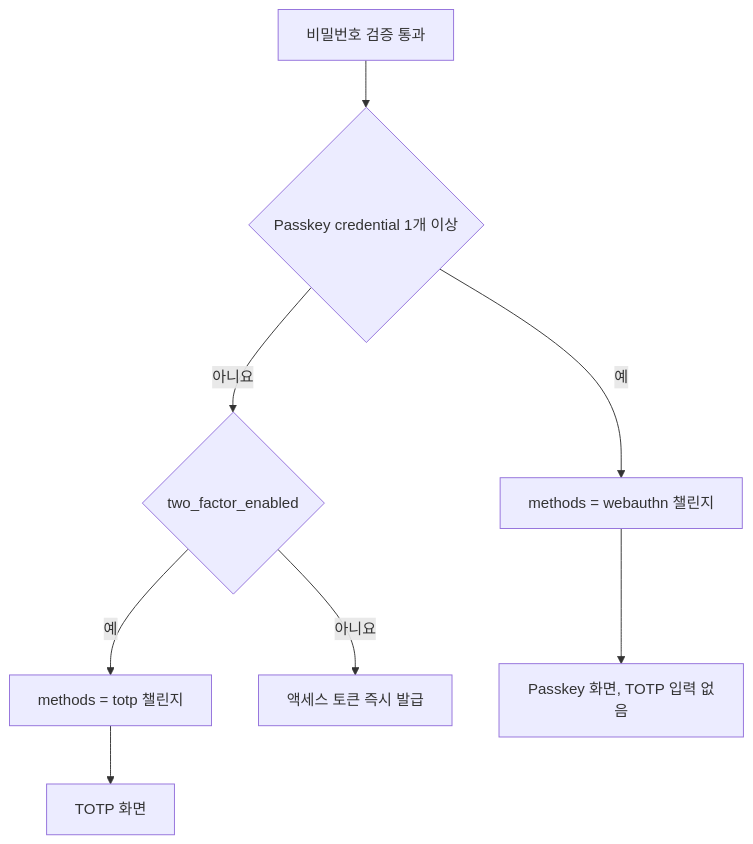
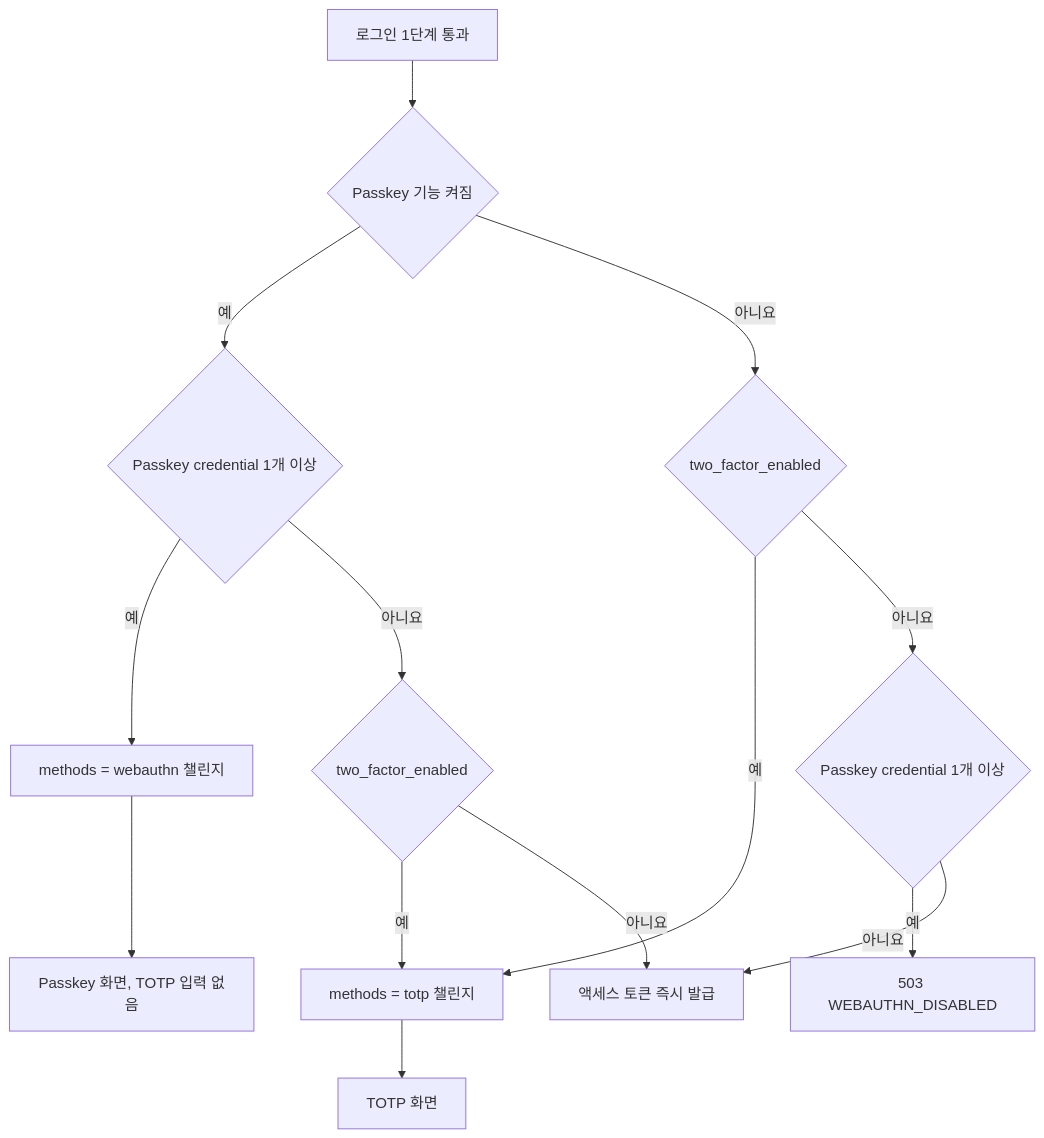
Before and after one commit to worker-ants/clemvion: the first of 3 diagrams in spec/CLE-ACCT/CLE-ACCT-SIGNIN.md, drawn with Mermaid. The commit also changed other lines of this file and 7 other files, not shown here.

````diff
--- a/spec/CLE-ACCT/CLE-ACCT-SIGNIN.md
+++ b/spec/CLE-ACCT/CLE-ACCT-SIGNIN.md
@@ -217,10 +229,16 @@
 ```mermaid
 flowchart TD
-  A[비밀번호 검증 통과] --> B{Passkey credential 1개 이상}
+  A[로그인 1단계 통과] --> P{Passkey 기능 켜짐}
+  P -- 예 --> B{Passkey credential 1개 이상}
+  P -- 아니요 --> Q{two_factor_enabled}
   B -- 예 --> C[methods = webauthn 챌린지]
   B -- 아니요 --> D{two_factor_enabled}
   D -- 예 --> E[methods = totp 챌린지]
   D -- 아니요 --> F[액세스 토큰 즉시 발급]
+  Q -- 예 --> E
+  Q -- 아니요 --> R{Passkey credential 1개 이상}
+  R -- 예 --> S[503 WEBAUTHN_DISABLED]
+  R -- 아니요 --> F
   C --> G[Passkey 화면, TOTP 입력 없음]
   E --> H[TOTP 화면]
 ```
````
